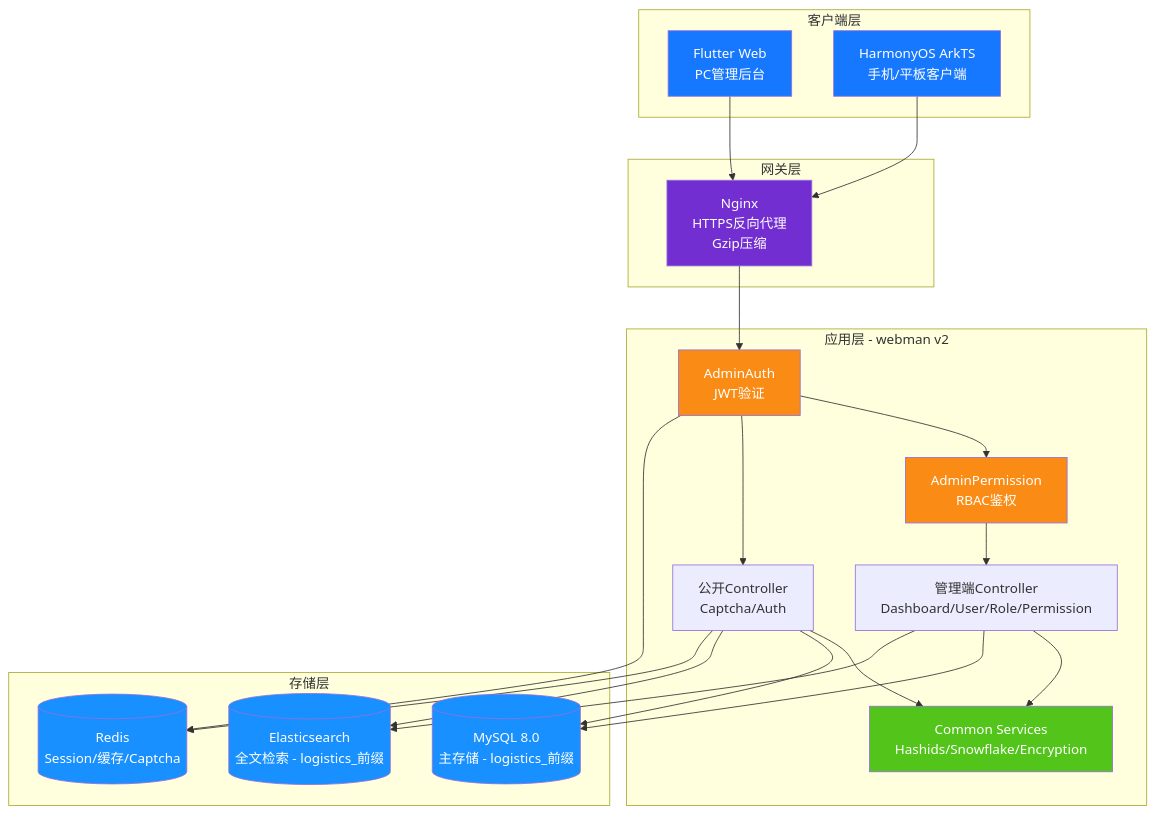
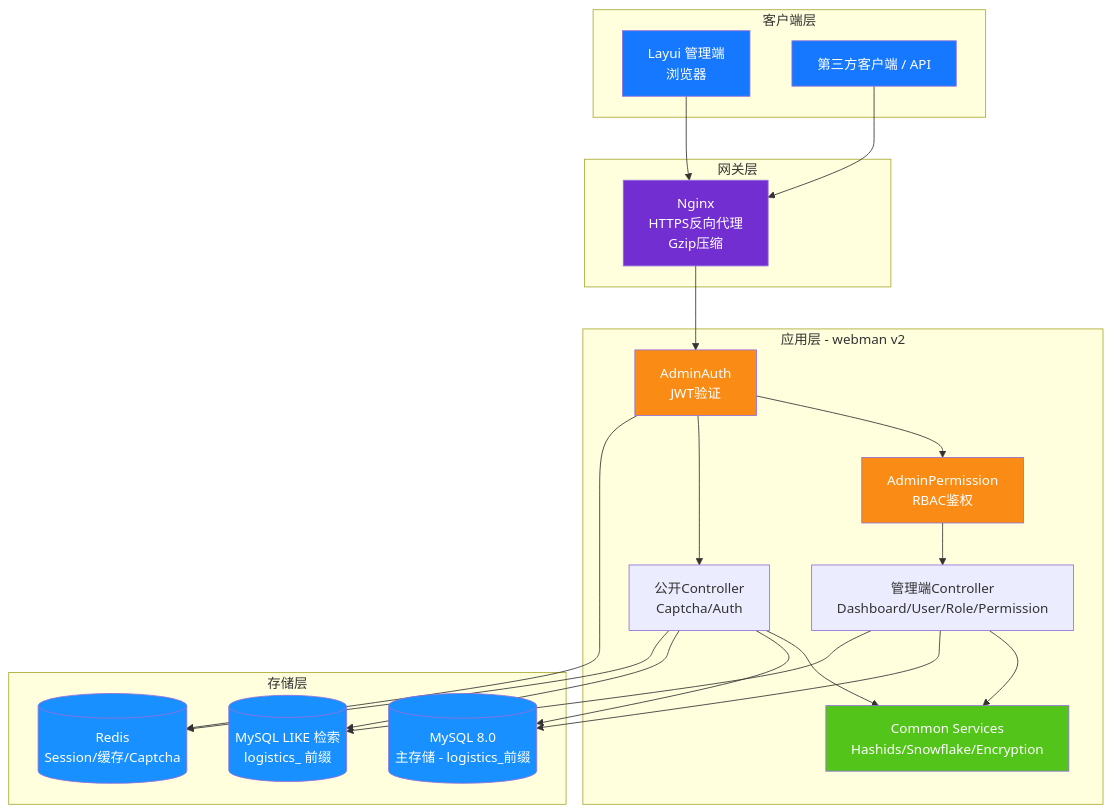
Before and after one commit to erikwang2013/integrated-global-logistics: the diagram in admin/docs/diagrams/01-system-architecture.md, drawn with Mermaid. The commit also changed 361 other files, not shown here.

Commit message:
文档：仅保留中英文 README，清理已移除功能与过时图片

````diff
--- a/admin/docs/diagrams/01-system-architecture.md
+++ b/admin/docs/diagrams/01-system-architecture.md
@@ -3,50 +3,50 @@
 ```mermaid
 flowchart TB
     subgraph clients["客户端层"]
-        flutter["Flutter Web<br/>PC管理后台"]
-        harmony["HarmonyOS ArkTS<br/>手机/平板客户端"]
+        adminui["Layui 管理端<br/>浏览器"]
+        apiclient["第三方客户端 / API"]
     end
 
     subgraph gateway["网关层"]
         nginx["Nginx<br/>HTTPS反向代理<br/>Gzip压缩"]
     end
 
     subgraph app["应用层 - webman v2"]
         auth["AdminAuth<br/>JWT验证"]
         perm["AdminPermission<br/>RBAC鉴权"]
         admin["管理端Controller<br/>Dashboard/User/Role/Permission"]
         public["公开Controller<br/>Captcha/Auth"]
         common["Common Services<br/>Hashids/Snowflake/Encryption"]
     end
 
     subgraph storage["存储层"]
         mysql[("MySQL 8.0<br/>主存储 - logistics_前缀")]
-        es[("Elasticsearch<br/>全文检索 - logistics_前缀")]
+        es[("MySQL LIKE 检索<br/>logistics_ 前缀")]
         redis[("Redis<br/>Session/缓存/Captcha")]
     end
 
-    flutter --> nginx
-    harmony --> nginx
+    adminui --> nginx
+    apiclient --> nginx
     nginx --> auth
     auth --> perm
     perm --> admin
     auth --> public
     admin --> common
     public --> common
     admin --> mysql
     public --> mysql
     admin --> es
     public --> es
     auth --> redis
     public --> redis
 
-    style flutter fill:#1677FF,color:#fff
-    style harmony fill:#1677FF,color:#fff
+    style adminui fill:#1677FF,color:#fff
+    style apiclient fill:#1677FF,color:#fff
     style nginx fill:#722ED1,color:#fff
     style auth fill:#FA8C16,color:#fff
     style perm fill:#FA8C16,color:#fff
     style common fill:#52C41A,color:#fff
     style mysql fill:#1890FF,color:#fff
     style es fill:#1890FF,color:#fff
     style redis fill:#1890FF,color:#fff
 ```
````
